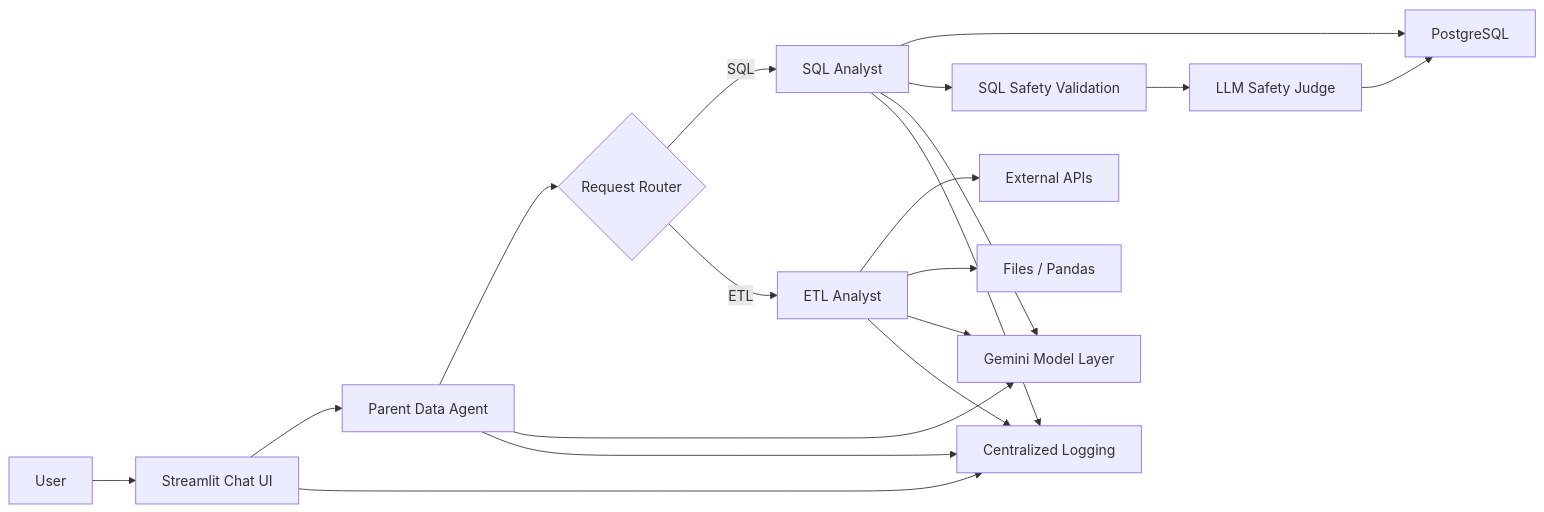
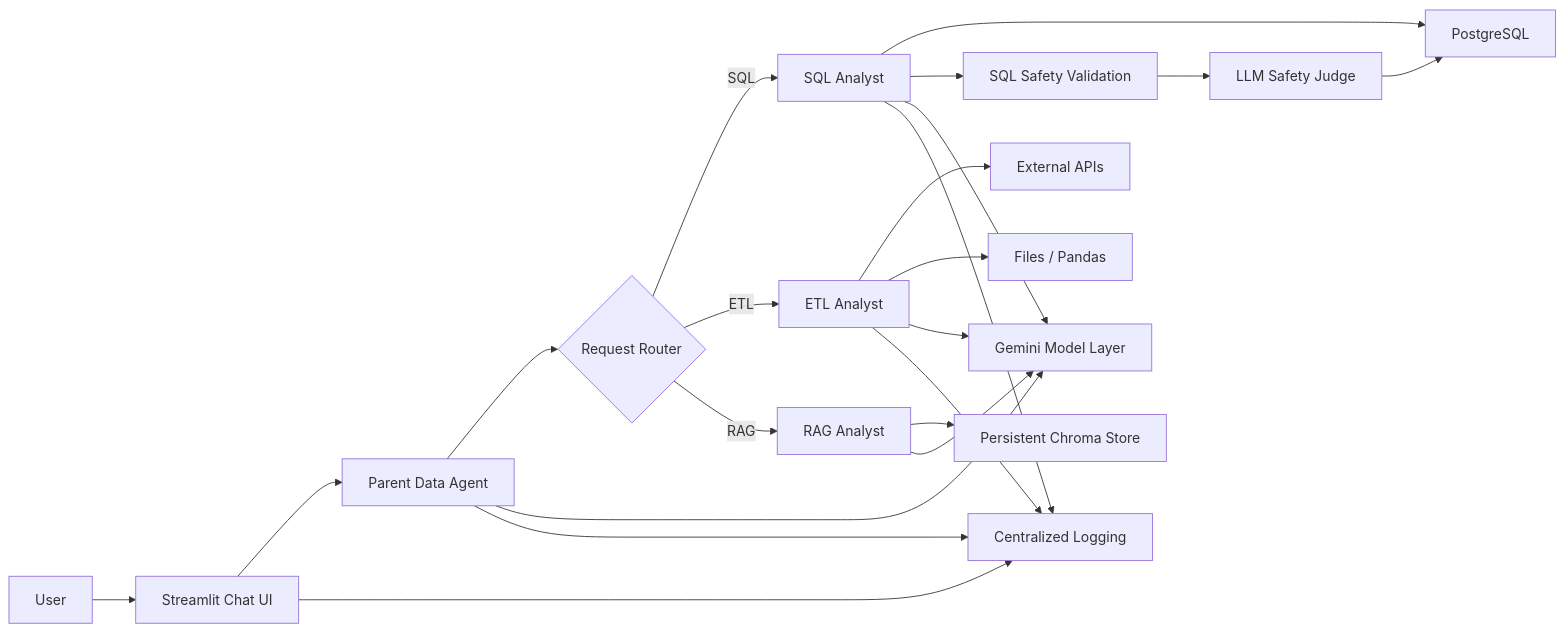
One commit to swapniltake1/agentic-data-intelligence-platform changed the first of 8 diagrams in README.md. Above: the diagram before and after it, drawn with Mermaid. The commit also changed other lines of this file and 11 other files, not shown here.

Commit message:
fix: update README and architecture diagram

````diff
--- a/README.md
+++ b/README.md
@@ -41,21 +43,24 @@
 ```mermaid
 flowchart LR
     U["User"] --> UI["Streamlit Chat UI"]
     UI --> P["Parent Data Agent"]
     P --> R{"Request Router"}
     R -->|SQL| S["SQL Analyst"]
     R -->|ETL| E["ETL Analyst"]
+    R -->|RAG| G["RAG Analyst"]
     S --> DB["PostgreSQL"]
     S --> Q["SQL Safety Validation"]
     Q --> J["LLM Safety Judge"]
     J --> DB
     E --> API["External APIs"]
     E --> FILE["Files / Pandas"]
+    G --> CHROMA["Persistent Chroma Store"]
     P --> LLM["Gemini Model Layer"]
     S --> LLM
     E --> LLM
+    G --> LLM
     P --> LOG["Centralized Logging"]
     S --> LOG
     E --> LOG
     UI --> LOG
 ```
````
